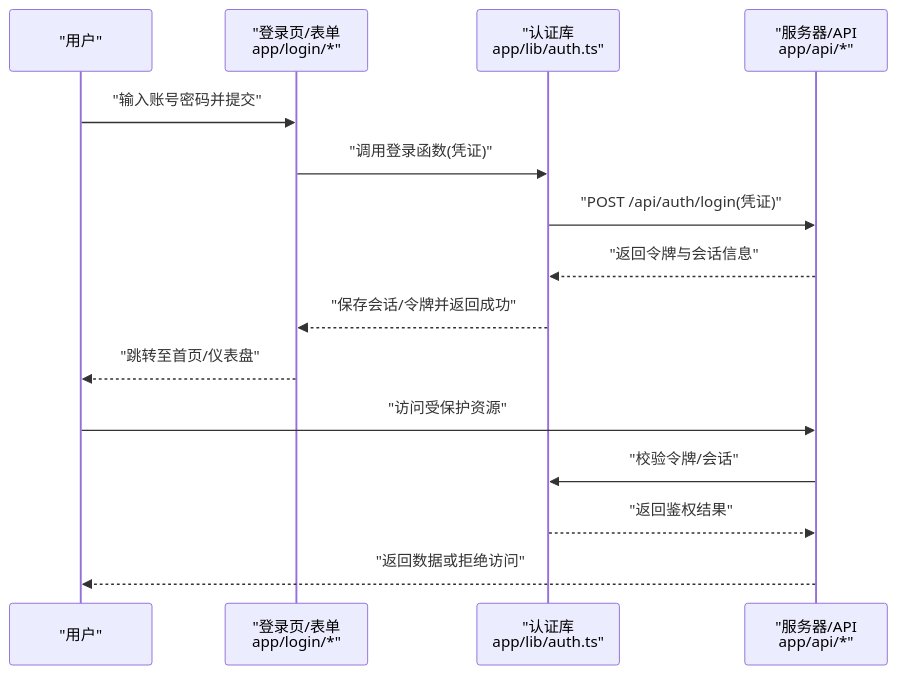
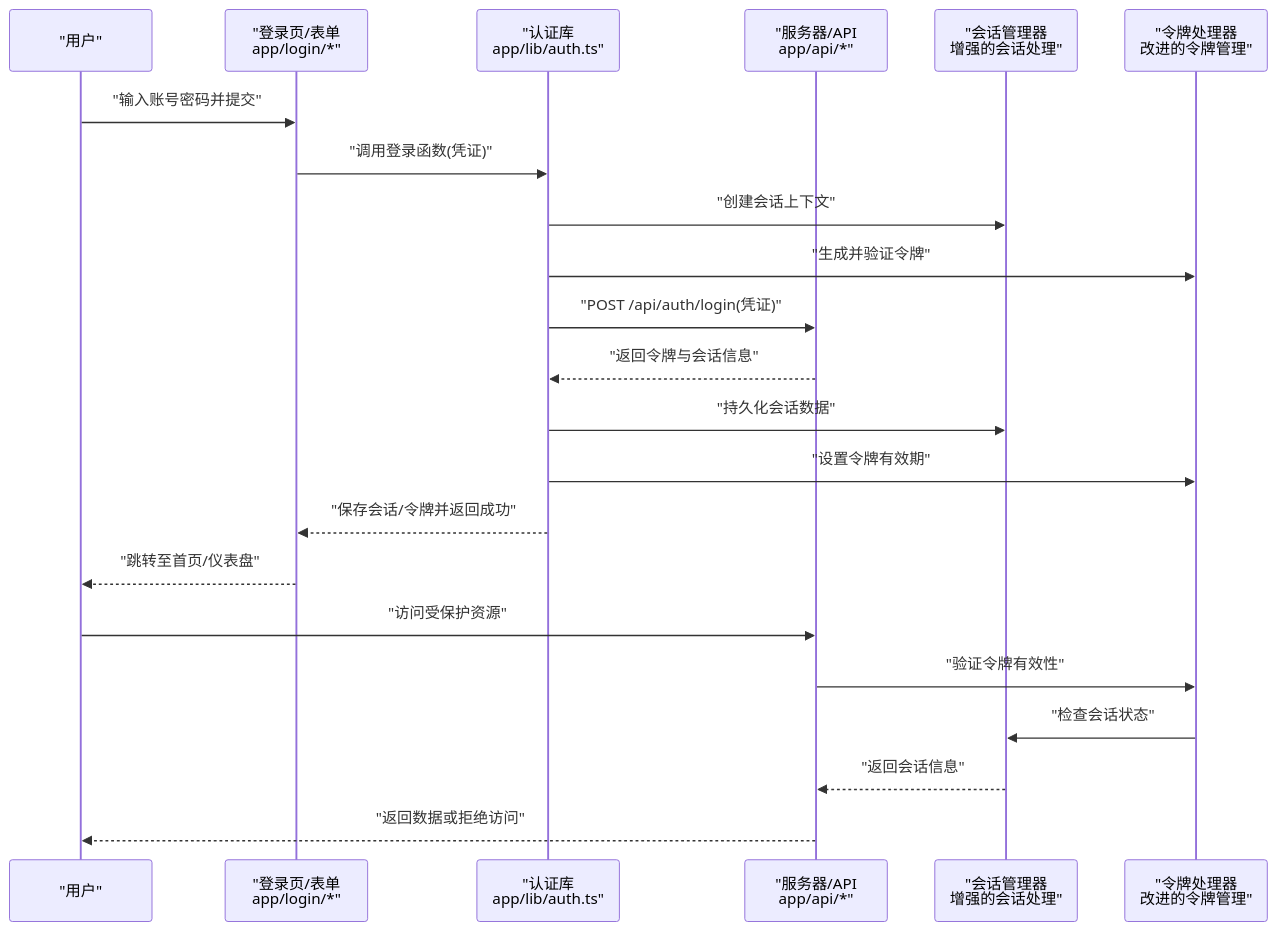
One commit to wangzihao64/RAG_Front changed the second of 6 diagrams in .qoder/repowiki/zh/content/用户认证系统.md. Above: the diagram before and after it, drawn with Mermaid. The commit also changed other lines of this file and 29 other files, not shown here.

````diff
--- a/.qoder/repowiki/zh/content/用户认证系统.md
+++ b/.qoder/repowiki/zh/content/用户认证系统.md
@@ -120,17 +136,24 @@
 ```mermaid
 sequenceDiagram
 participant U as "用户"
 participant L as "登录页/表单<br/>app/login/*"
 participant A as "认证库<br/>app/lib/auth.ts"
 participant S as "服务器/API<br/>app/api/*"
+participant SM as "会话管理器<br/>增强的会话处理"
+participant TH as "令牌处理器<br/>改进的令牌管理"
 U->>L : "输入账号密码并提交"
 L->>A : "调用登录函数(凭证)"
+A->>SM : "创建会话上下文"
+A->>TH : "生成并验证令牌"
 A->>S : "POST /api/auth/login(凭证)"
 S-->>A : "返回令牌与会话信息"
+A->>SM : "持久化会话数据"
+A->>TH : "设置令牌有效期"
 A-->>L : "保存会话/令牌并返回成功"
 L-->>U : "跳转至首页/仪表盘"
 U->>S : "访问受保护资源"
-S->>A : "校验令牌/会话"
-A-->>S : "返回鉴权结果"
+S->>TH : "验证令牌有效性"
+TH->>SM : "检查会话状态"
+SM-->>S : "返回会话信息"
 S-->>U : "返回数据或拒绝访问"
 ```
````
